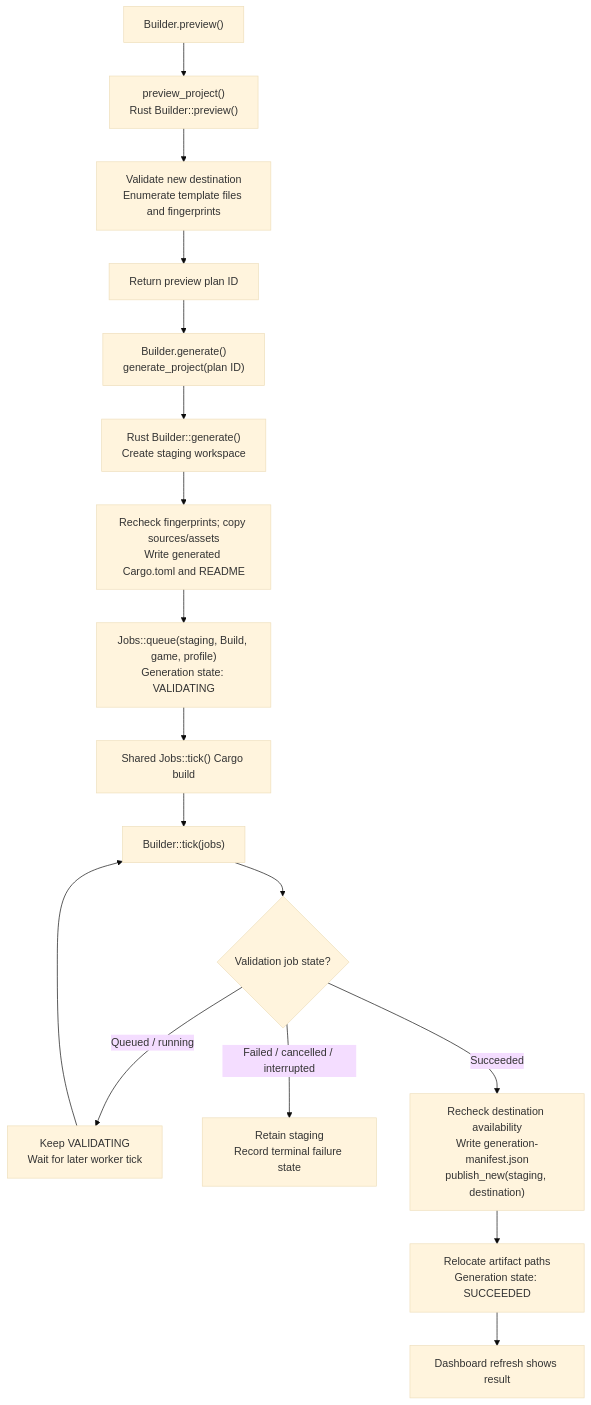
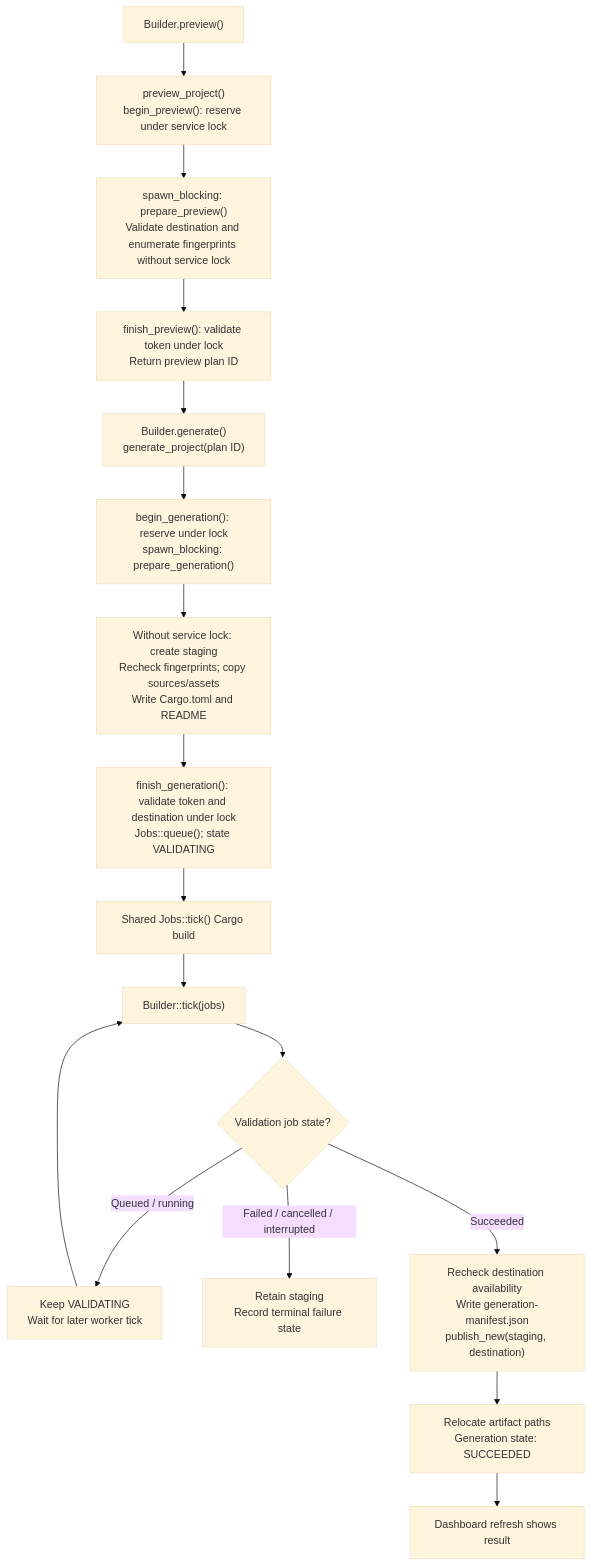
Before and after one commit to MishaYanov/GameEngine: the tenth of 10 diagrams in docs/editor-flow.md, drawn with Mermaid (base theme). The commit also changed other lines of this file and 118 other files, not shown here.

First line of the commit message:
core: reuse project behavior definitions across scenes runtime: switch scenes within a game session

````diff
--- a/docs/editor-flow.md
+++ b/docs/editor-flow.md
@@ -588,20 +610,20 @@
 ```mermaid
 flowchart TD
     A["Builder.preview()"]
-    A --> B["preview_project()<br/>Rust Builder::preview()"]
-    B --> C["Validate new destination<br/>Enumerate template files and fingerprints"]
-    C --> D["Return preview plan ID"]
+    A --> B["preview_project()<br/>begin_preview(): reserve under service lock"]
+    B --> C["spawn_blocking: prepare_preview()<br/>Validate destination and enumerate fingerprints without service lock"]
+    C --> D["finish_preview(): validate token under lock<br/>Return preview plan ID"]
     D --> E["Builder.generate()<br/>generate_project(plan ID)"]
-    E --> F["Rust Builder::generate()<br/>Create staging workspace"]
-    F --> G["Recheck fingerprints; copy sources/assets<br/>Write generated Cargo.toml and README"]
-    G --> H["Jobs::queue(staging, Build, game, profile)<br/>Generation state: VALIDATING"]
+    E --> F["begin_generation(): reserve under lock<br/>spawn_blocking: prepare_generation()"]
+    F --> G["Without service lock: create staging<br/>Recheck fingerprints; copy sources/assets<br/>Write Cargo.toml and README"]
+    G --> H["finish_generation(): validate token and destination under lock<br/>Jobs::queue(); state VALIDATING"]
     H --> I["Shared Jobs::tick() Cargo build"]
     I --> J["Builder::tick(jobs)"]
     J --> K{"Validation job state?"}
     K -->|"Queued / running"| WAIT["Keep VALIDATING<br/>Wait for later worker tick"]
     WAIT --> J
     K -->|"Failed / cancelled / interrupted"| L["Retain staging<br/>Record terminal failure state"]
     K -->|"Succeeded"| M["Recheck destination availability<br/>Write generation-manifest.json<br/>publish_new(staging, destination)"]
     M --> N["Relocate artifact paths<br/>Generation state: SUCCEEDED"]
     N --> O["Dashboard refresh shows result"]
 ```
````
